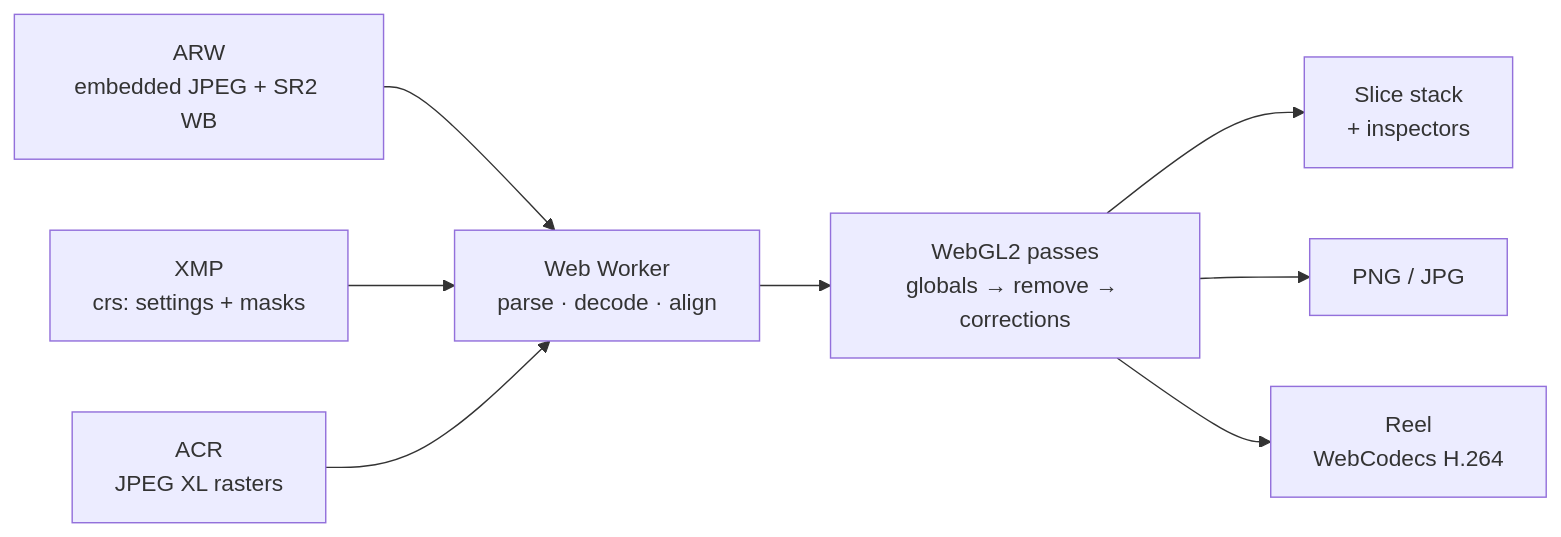
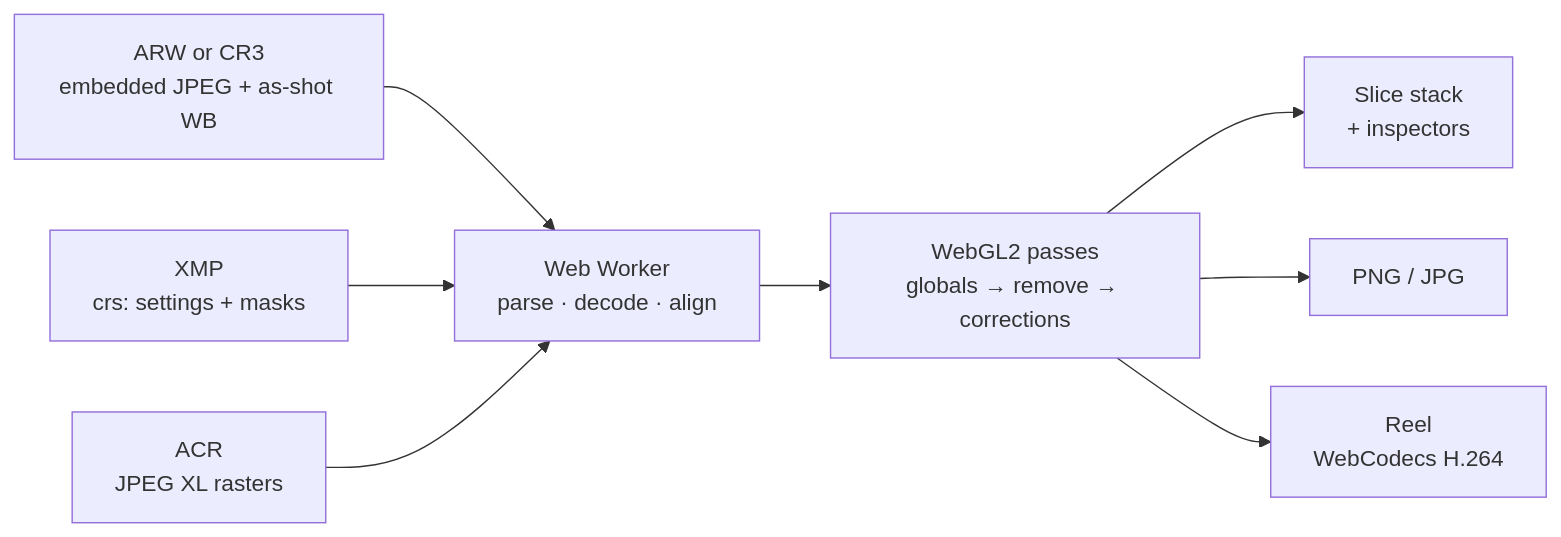
One commit to byronwai/lr-sidecar changed the diagram in README.md. Above: the diagram before and after it, drawn with Mermaid. The commit also changed other lines of this file and 14 other files, not shown here.

````diff
--- a/README.md
+++ b/README.md
@@ -43,10 +44,10 @@
 ```mermaid
 flowchart LR
-  ARW["ARW<br/>embedded JPEG + SR2 WB"] --> W
+  RAW["ARW or CR3<br/>embedded JPEG + as-shot WB"] --> W
   XMP["XMP<br/>crs: settings + masks"] --> W
   ACR["ACR<br/>JPEG XL rasters"] --> W
   W["Web Worker<br/>parse · decode · align"] --> G["WebGL2 passes<br/>globals → remove → corrections"]
   G --> S["Slice stack<br/>+ inspectors"]
   G --> O["PNG / JPG"]
   G --> R["Reel<br/>WebCodecs H.264"]
 ```
````
